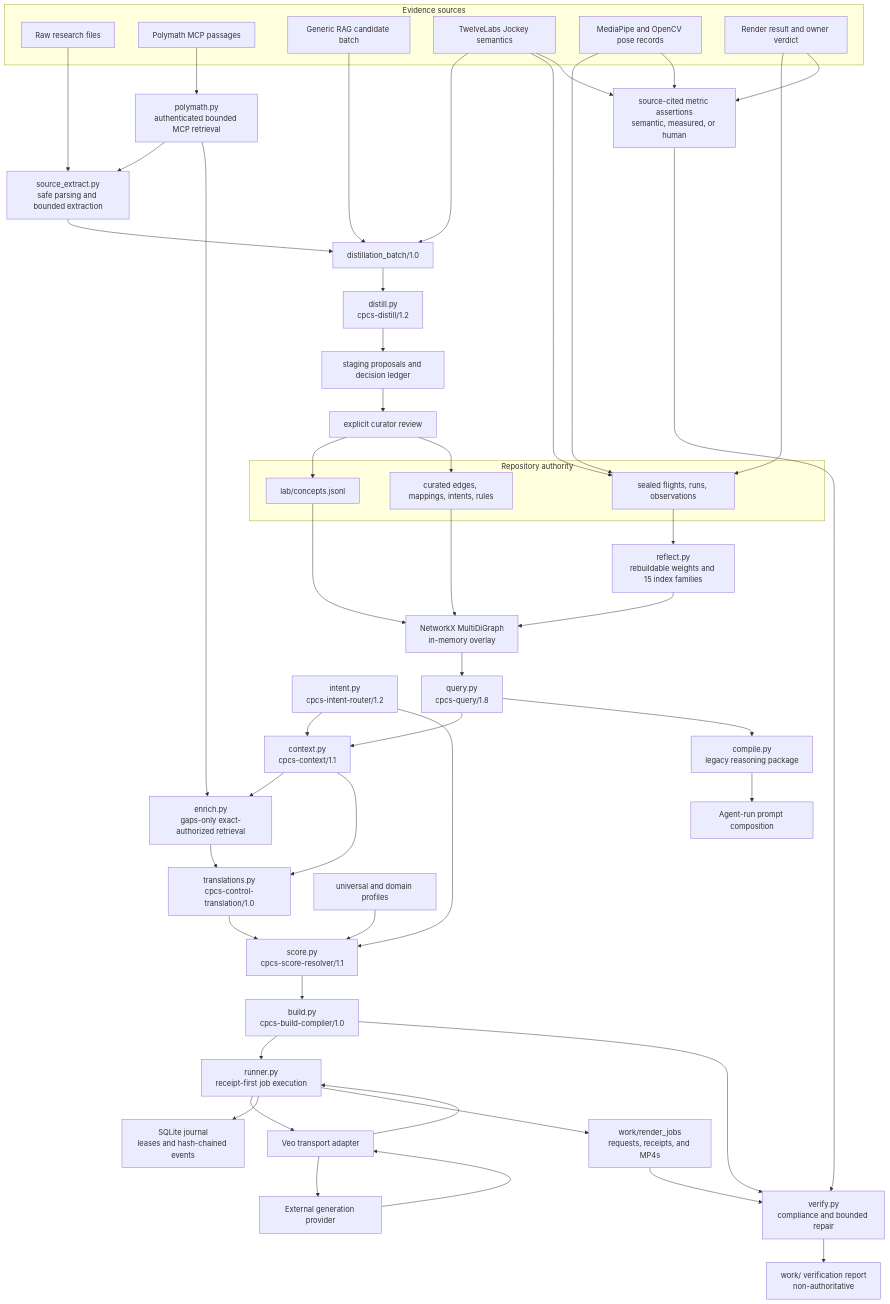
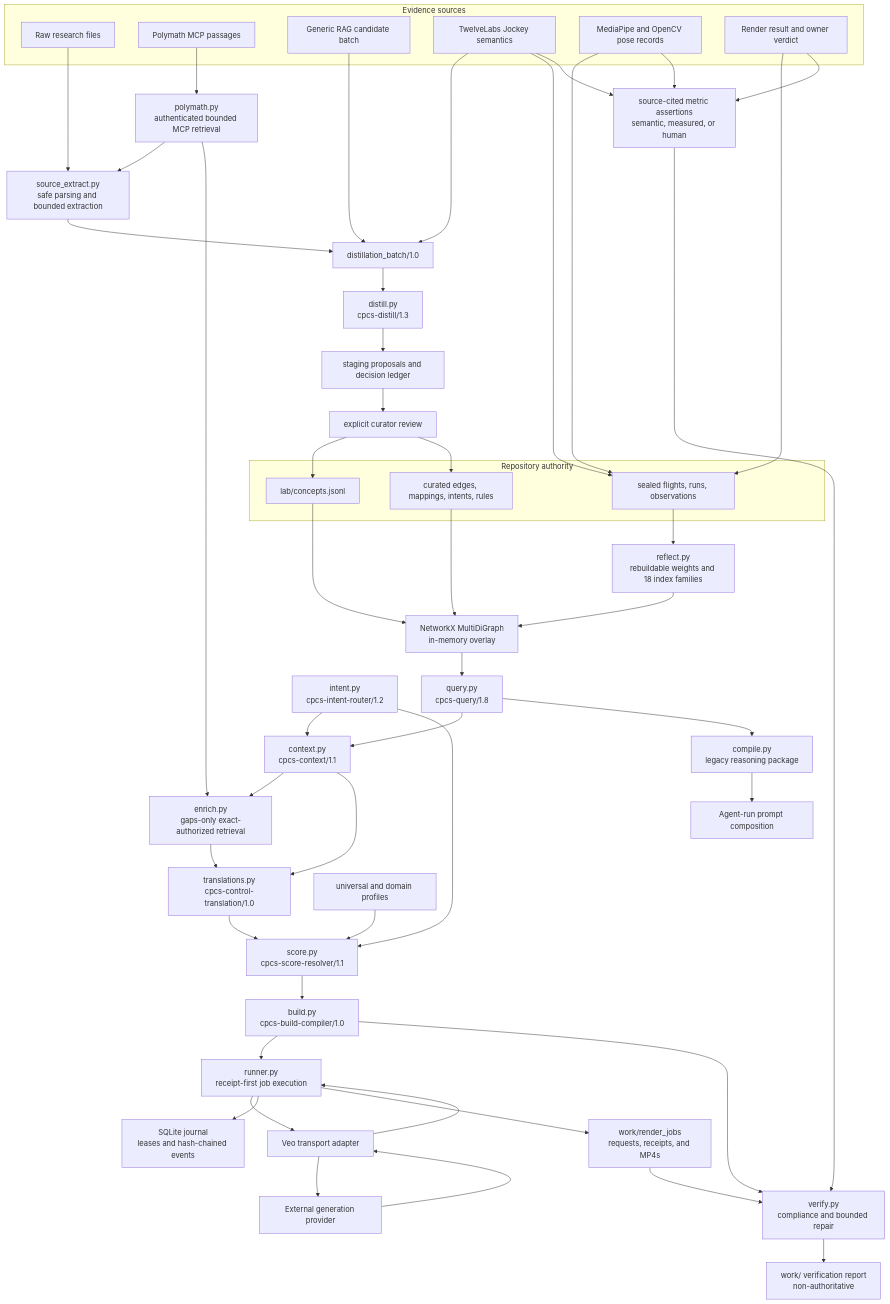
One commit to Kingsley-Cyber/ai-video-movement-prompt-system changed the second of 3 diagrams in ARCHITECTURE.md. Above: the diagram before and after it, drawn with Mermaid. The commit also changed other lines of this file and 28 other files, not shown here.

````diff
--- a/ARCHITECTURE.md
+++ b/ARCHITECTURE.md
@@ -669,79 +675,79 @@
 ```mermaid
 flowchart TB
     subgraph Sources["Evidence sources"]
         Raw["Raw research files"]
         Poly["Polymath MCP passages"]
         Generic["Generic RAG candidate batch"]
         Jockey["TwelveLabs Jockey semantics"]
         Pose["MediaPipe and OpenCV pose records"]
         Verdict["Render result and owner verdict"]
     end
 
     PolyRetrieve["polymath.py\nauthenticated bounded MCP retrieval"]
     SourceExtract["source_extract.py\nsafe parsing and bounded extraction"]
     Batch["distillation_batch/1.0"]
-    Distill["distill.py\ncpcs-distill/1.2"]
+    Distill["distill.py\ncpcs-distill/1.3"]
     Staging["staging proposals and decision ledger"]
     Review["explicit curator review"]
 
     subgraph Authority["Repository authority"]
         Concepts["lab/concepts.jsonl"]
         Curated["curated edges, mappings, intents, rules"]
         Immutable["sealed flights, runs, observations"]
     end
 
-    Reflect["reflect.py\nrebuildable weights and 15 index families"]
+    Reflect["reflect.py\nrebuildable weights and 18 index families"]
     Graph["NetworkX MultiDiGraph\nin-memory overlay"]
     Query["query.py\ncpcs-query/1.8"]
     Context["context.py\ncpcs-context/1.1"]
     Enrich["enrich.py\ngaps-only exact-authorized retrieval"]
     Intent["intent.py\ncpcs-intent-router/1.2"]
     Translate["translations.py\ncpcs-control-translation/1.0"]
     Profiles["universal and domain profiles"]
     Score["score.py\ncpcs-score-resolver/1.1"]
     Compile["compile.py\nlegacy reasoning package"]
     Build["build.py\ncpcs-build-compiler/1.0"]
     Runner["runner.py\nreceipt-first job execution"]
     Journal["SQLite journal\nleases and hash-chained events"]
     Adapter["Veo transport adapter"]
     Artifacts["work/render_jobs\nrequests, receipts, and MP4s"]
     Evidence["source-cited metric assertions\nsemantic, measured, or human"]
     Verify["verify.py\ncompliance and bounded repair"]
     Diagnostics["work/ verification report\nnon-authoritative"]
     ManualPrompt["Agent-run prompt composition"]
     Provider["External generation provider"]
 
     Raw --> SourceExtract --> Batch
     Poly --> PolyRetrieve
     PolyRetrieve --> SourceExtract
     PolyRetrieve --> Enrich
     Generic --> Batch
     Jockey --> Batch
     Batch --> Distill --> Staging --> Review
     Review --> Concepts
     Review --> Curated
     Jockey --> Immutable
     Pose --> Immutable
     Verdict --> Immutable
     Immutable --> Reflect
     Reflect --> Graph
     Concepts --> Graph
     Curated --> Graph
     Graph --> Query --> Context --> Enrich
     Intent --> Context
     Intent --> Score
     Context --> Translate --> Score
     Enrich --> Translate
     Profiles --> Score
     Score --> Build --> Runner --> Adapter --> Provider
     Provider --> Adapter --> Runner
     Runner --> Journal
     Runner --> Artifacts
     Jockey --> Evidence
     Pose --> Evidence
     Verdict --> Evidence
     Build --> Verify
     Artifacts --> Verify
     Evidence --> Verify --> Diagnostics
     Query --> Compile --> ManualPrompt
 ```
````
